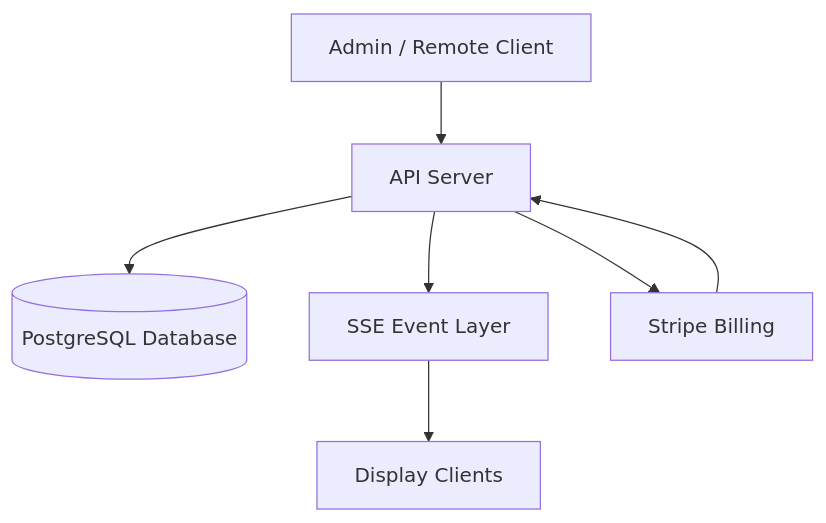
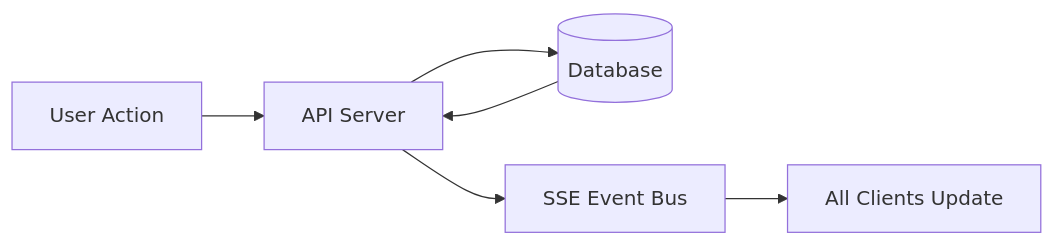
The fifth of 5 diagrams in architecture.md (miangelisse-ux/kairoslive), drawn with Mermaid before and after one commit. The commit also changed other lines of this file, not shown here.

````diff
--- a/architecture.md
+++ b/architecture.md
@@ -19,12 +128,10 @@
 ```mermaid
-graph TD
+flowchart LR
 
-A[Admin / Remote Client] --> B[API Server]
-B --> C[(PostgreSQL Database)]
+A[User Action] --> B[API Server]
+B --> C[(Database)]
+B --> D[SSE Event Bus]
+D --> E[All Clients Update]
 
-B --> D[SSE Event Layer]
-D --> E[Display Clients]
-
-B --> F[Stripe Billing]
-F --> B
+C --> B
 ```
````
